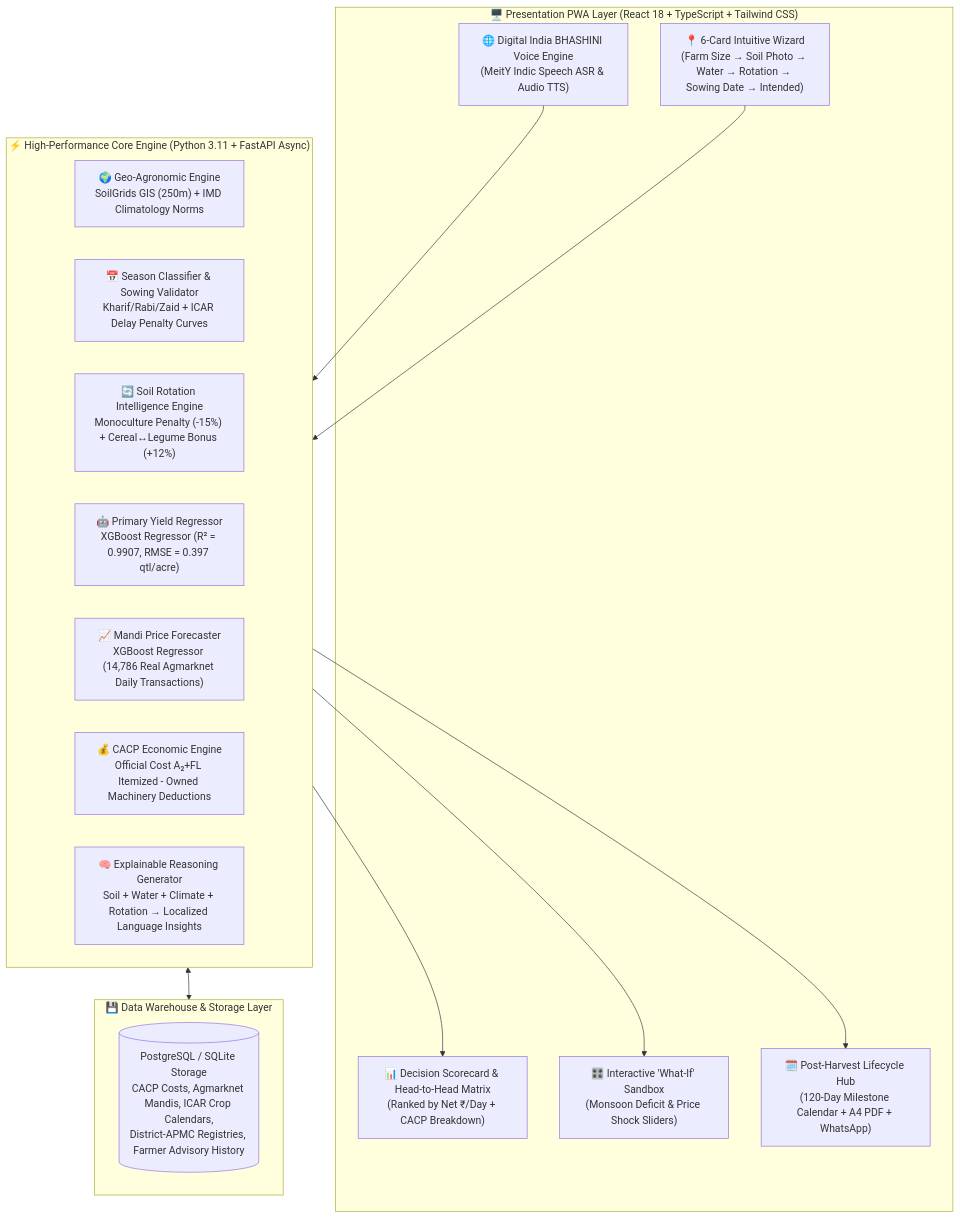
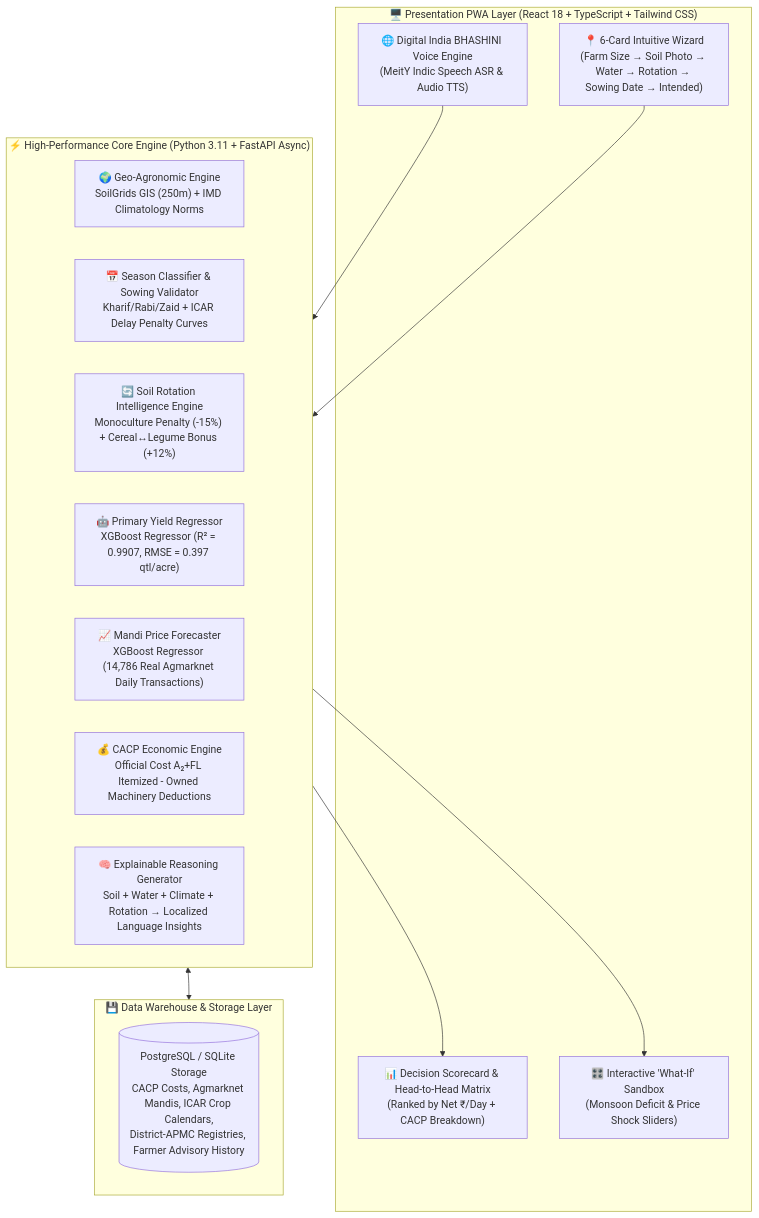
One commit to sujeetaionly/agri-decide-sih changed the diagram in README.md. Above: the diagram before and after it, drawn with Mermaid. The commit also changed other lines of this file, not shown here.

````diff
--- a/README.md
+++ b/README.md
@@ -94,28 +58,27 @@
 ```mermaid
 flowchart TD
     subgraph UI_Layer ["🖥️ Presentation PWA Layer (React 18 + TypeScript + Tailwind CSS)"]
         A1["🌐 Digital India BHASHINI Voice Engine\n(MeitY Indic Speech ASR & Audio TTS)"]
         A2["📍 6-Card Intuitive Wizard\n(Farm Size → Soil Photo → Water → Rotation → Sowing Date → Intended)"]
         A3["📊 Decision Scorecard & Head-to-Head Matrix\n(Ranked by Net ₹/Day + CACP Breakdown)"]
         A4["🎛️ Interactive 'What-If' Sandbox\n(Monsoon Deficit & Price Shock Sliders)"]
-        A5["🗓️ Post-Harvest Lifecycle Hub\n(120-Day Milestone Calendar + A4 PDF + WhatsApp)"]
     end
 
     subgraph Core_Engine ["⚡ High-Performance Core Engine (Python 3.11 + FastAPI Async)"]
         B1["🌍 Geo-Agronomic Engine\nSoilGrids GIS (250m) + IMD Climatology Norms"]
         B2["📅 Season Classifier & Sowing Validator\nKharif/Rabi/Zaid + ICAR Delay Penalty Curves"]
         B3["🔄 Soil Rotation Intelligence Engine\nMonoculture Penalty (-15%) + Cereal↔Legume Bonus (+12%)"]
         B4["🤖 Primary Yield Regressor\nXGBoost Regressor (R² = 0.9907, RMSE = 0.397 qtl/acre)"]
         B5["📈 Mandi Price Forecaster\nXGBoost Regressor (14,786 Real Agmarknet Daily Transactions)"]
         B6["💰 CACP Economic Engine\nOfficial Cost A₂+FL Itemized - Owned Machinery Deductions"]
         B7["🧠 Explainable Reasoning Generator\nSoil + Water + Climate + Rotation → Localized Language Insights"]
     end
 
     subgraph Data_Warehouse ["💾 Data Warehouse & Storage Layer"]
         C1[("PostgreSQL / SQLite Storage\nCACP Costs, Agmarknet Mandis, ICAR Crop Calendars,\nDistrict-APMC Registries, Farmer Advisory History")]
     end
 
     A1 & A2 --> Core_Engine
     Core_Engine <--> Data_Warehouse
-    Core_Engine --> A3 & A4 & A5
+    Core_Engine --> A3 & A4
 ```
````
